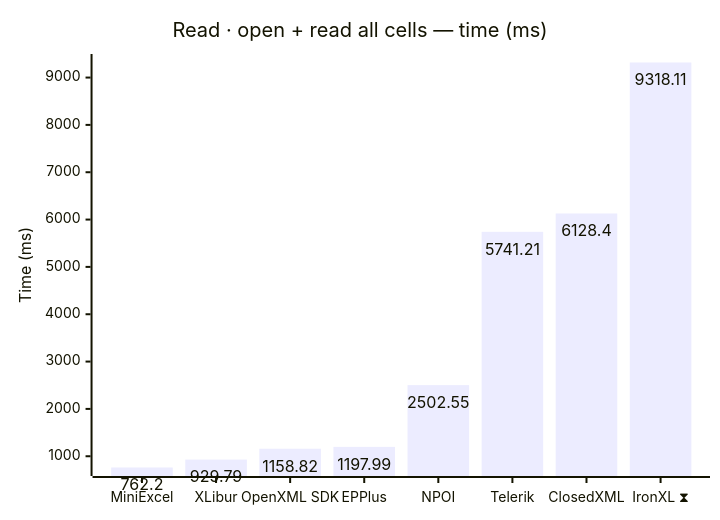
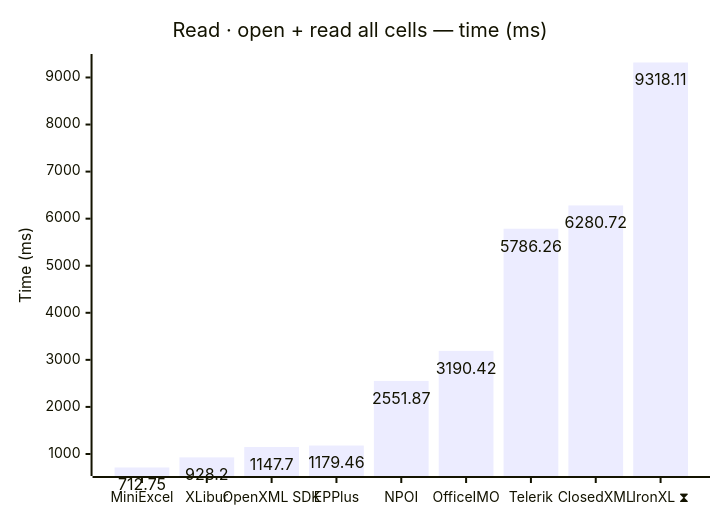
The third of 12 diagrams in docs/results.md (jafin/XLBench), drawn with Mermaid before and after one commit. The commit also changed other lines of this file and 17 other files, not shown here.

First line of the commit message:
Add OfficeIMO.Excel to the benchmark suite and publish full-fidelity results (#33)

````diff
--- a/docs/results.md
+++ b/docs/results.md
@@ -66,12 +67,12 @@
 ```mermaid
 ---
 config:
   xyChart:
     showDataLabel: true
 ---
 xychart-beta
     title "Read · open + read all cells — time (ms)"
-    x-axis ["MiniExcel", "XLibur", "OpenXML SDK", "EPPlus", "NPOI", "Telerik", "ClosedXML", "IronXL ⧗"]
+    x-axis ["MiniExcel", "XLibur", "OpenXML SDK", "EPPlus", "NPOI", "OfficeIMO", "Telerik", "ClosedXML", "IronXL ⧗"]
     y-axis "Time (ms)"
-    bar [762.2, 929.79, 1158.82, 1197.99, 2502.55, 5741.21, 6128.4, 9318.11]
+    bar [712.75, 928.2, 1147.7, 1179.46, 2551.87, 3190.42, 5786.26, 6280.72, 9318.11]
 ```
````
